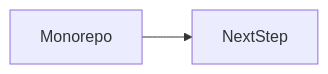
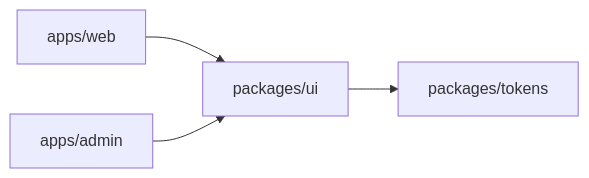
The second of 2 diagrams in docs/en/15-architecture/monorepo/index.md (OmidJavaherii/Frontend-Engineering-Handbook), drawn with Mermaid before and after one commit. The commit also changed other lines of this file and 461 other files, not shown here.

````diff
--- a/docs/en/15-architecture/monorepo/index.md
+++ b/docs/en/15-architecture/monorepo/index.md
@@ -94,4 +115,6 @@
 ```mermaid
 flowchart LR
-  concept[Monorepo] --> nextStep[NextStep]
+  web[apps/web] --> ui[packages/ui]
+  admin[apps/admin] --> ui
+  ui --> tokens[packages/tokens]
 ```
````
